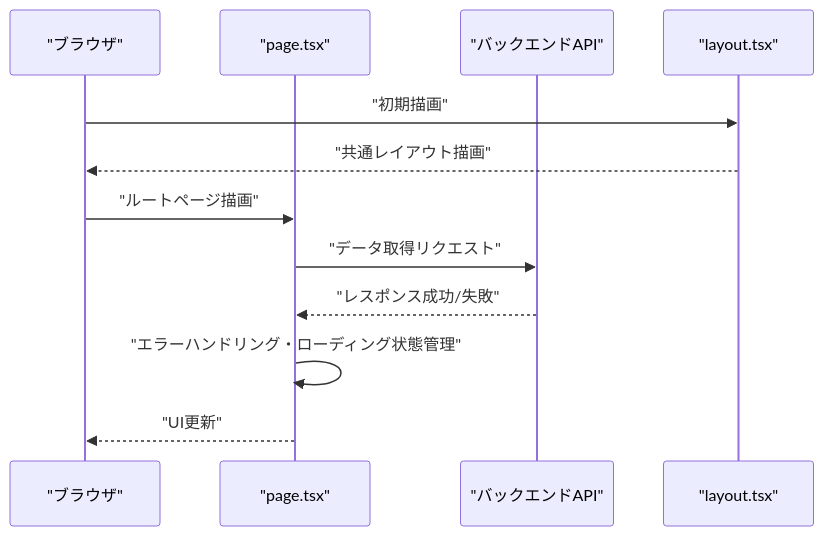
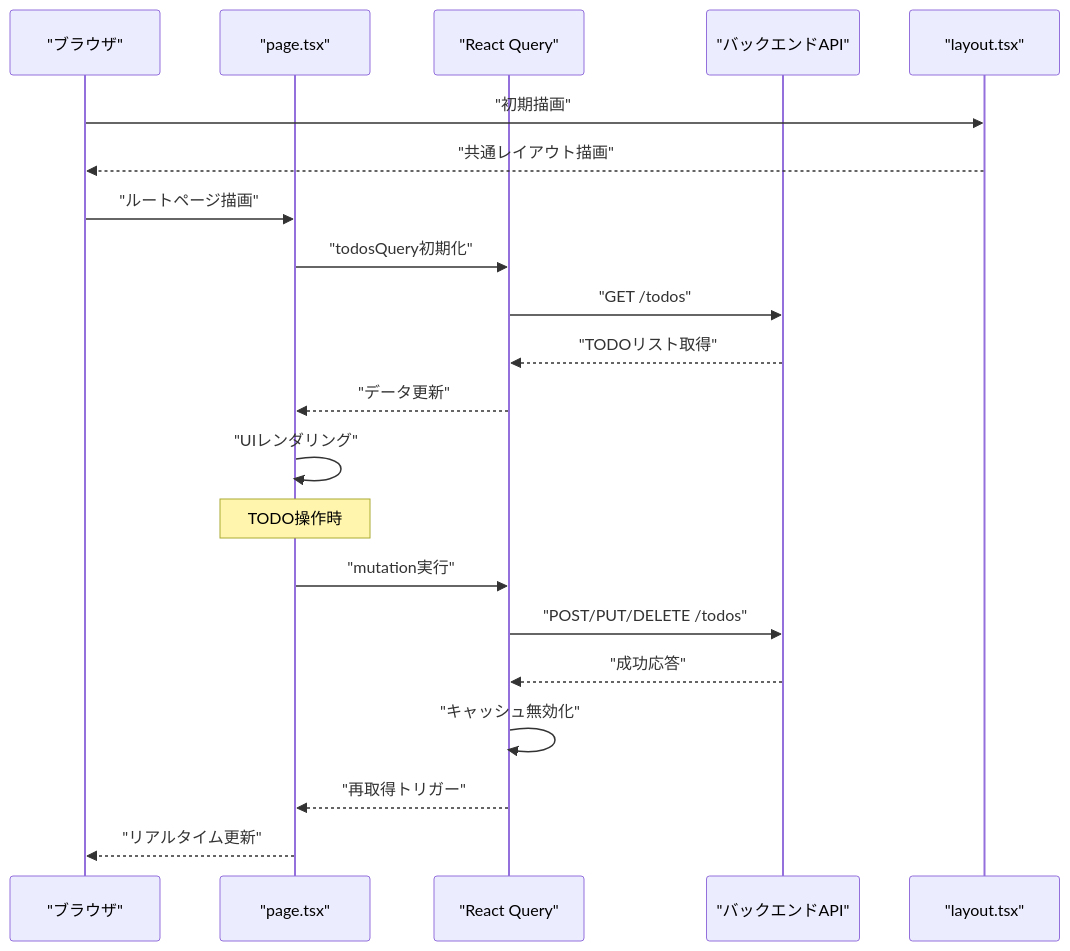
One commit to ss8806/Todos changed the fourth of 10 diagrams in .qoder/repowiki/ja/content/フロントエンド開発.md. Above: the diagram before and after it, drawn with Mermaid. The commit also changed other lines of this file and 3 other files, not shown here.

````diff
--- a/.qoder/repowiki/ja/content/フロントエンド開発.md
+++ b/.qoder/repowiki/ja/content/フロントエンド開発.md
@@ -203,14 +282,23 @@
 ```mermaid
 sequenceDiagram
 participant Browser as "ブラウザ"
 participant Page as "page.tsx"
+participant Query as "React Query"
 participant API as "バックエンドAPI"
 participant Layout as "layout.tsx"
 Browser->>Layout : "初期描画"
 Layout-->>Browser : "共通レイアウト描画"
 Browser->>Page : "ルートページ描画"
-Page->>API : "データ取得リクエスト"
-API-->>Page : "レスポンス成功/失敗"
-Page->>Page : "エラーハンドリング・ローディング状態管理"
-Page-->>Browser : "UI更新"
+Page->>Query : "todosQuery初期化"
+Query->>API : "GET /todos"
+API-->>Query : "TODOリスト取得"
+Query-->>Page : "データ更新"
+Page->>Page : "UIレンダリング"
+Note over Page : TODO操作時
+Page->>Query : "mutation実行"
+Query->>API : "POST/PUT/DELETE /todos"
+API-->>Query : "成功応答"
+Query->>Query : "キャッシュ無効化"
+Query-->>Page : "再取得トリガー"
+Page-->>Browser : "リアルタイム更新"
 ```
````
